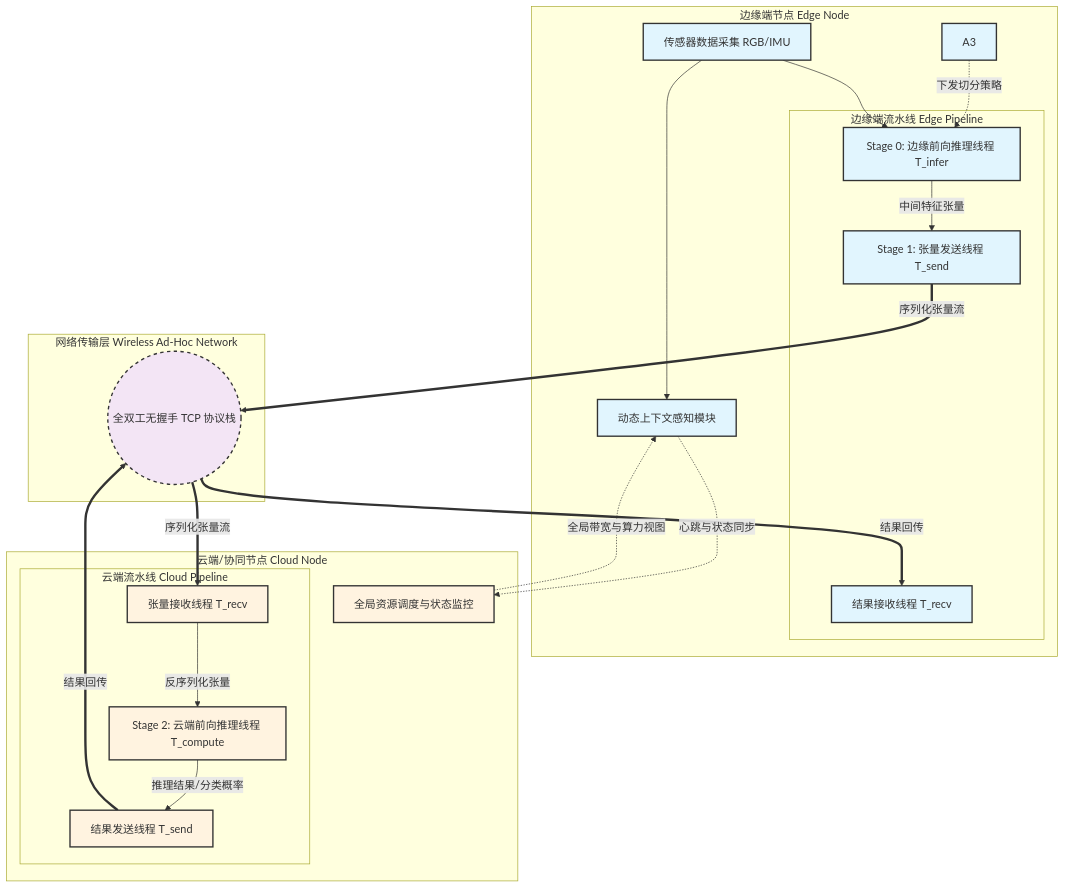
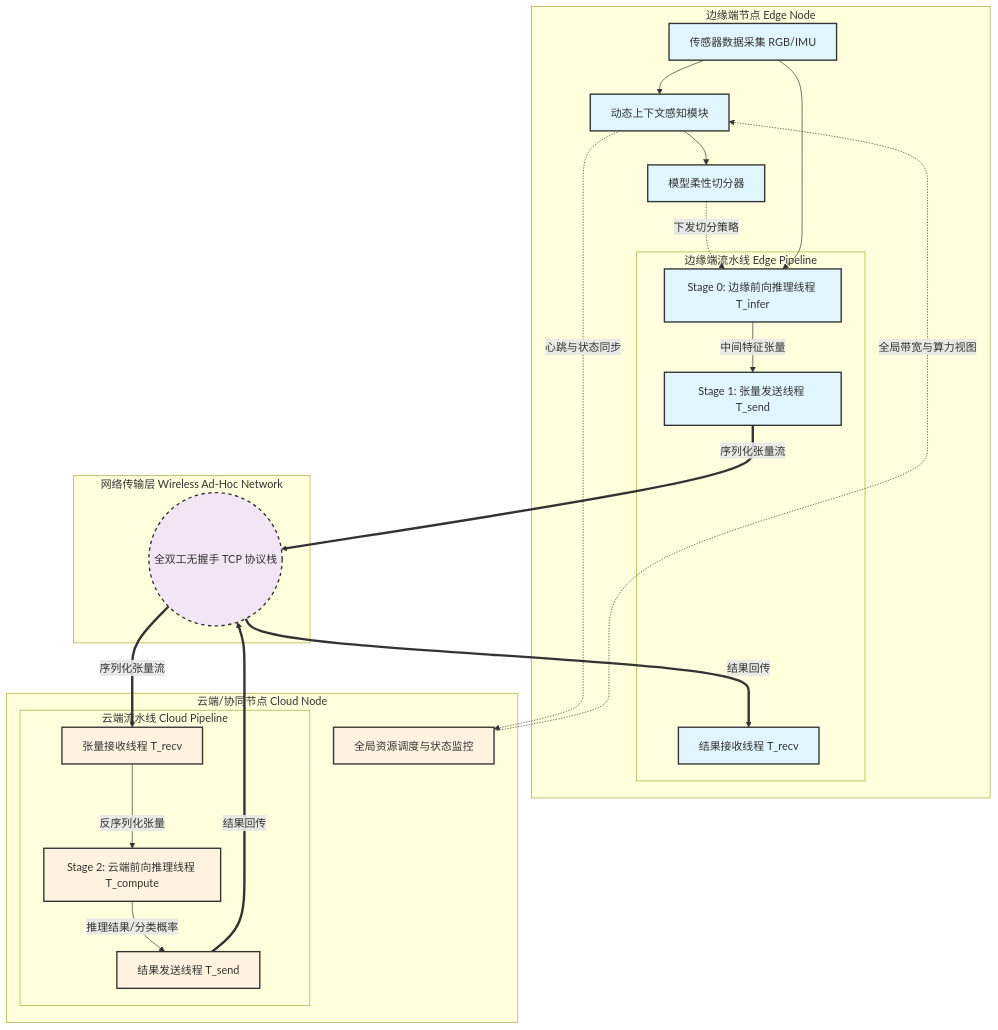
The diagram in all/AI-1.md (intmain-yy/iodraw-files), drawn with Mermaid before and after one commit.

Commit message:
2026-02-27 16:37:17 update

````diff
--- a/all/AI-1.md
+++ b/all/AI-1.md
@@ -1,49 +1,50 @@
 ```mermaid
 graph TD
     subgraph "边缘端节点 Edge Node"
         A1["传感器数据采集 RGB/IMU"] --> A2[动态上下文感知模块]
         
         
         subgraph "边缘端流水线 Edge Pipeline"
             A4[Stage 0: 边缘前向推理线程 T_infer]
             A5[Stage 1: 张量发送线程 T_send]
             A6[结果接收线程 T_recv]
         end
         
         A3 -.->|下发切分策略| A4
         A1 --> A4
         A4 -->|中间特征张量| A5
     end
 
     subgraph "网络传输层 Wireless Ad-Hoc Network"
         N1(("全双工无握手 TCP 协议栈"))
     end
 
     subgraph "云端/协同节点 Cloud Node"
         subgraph "云端流水线 Cloud Pipeline"
             C1[张量接收线程 T_recv]
             C2[Stage 2: 云端前向推理线程 T_compute]
             C3[结果发送线程 T_send]
         end
         
         C4[全局资源调度与状态监控]
+        A2 --> A3[模型柔性切分器]
     end
 
     A5 ==>|序列化张量流| N1
     N1 ==>|序列化张量流| C1
     C1 -->|反序列化张量| C2
     C2 -->|"推理结果/分类概率"| C3
     C3 ==>|结果回传| N1
     N1 ==>|结果回传| A6
     
     A2 -.->|心跳与状态同步| C4
     C4 -.->|全局带宽与算力视图| A2
 
     classDef edge fill:#e1f5fe,stroke:#333,stroke-width:2px;
     classDef cloud fill:#fff3e0,stroke:#333,stroke-width:2px;
     classDef net fill:#f3e5f5,stroke:#333,stroke-width:2px,stroke-dasharray: 5 5;
     
     class A1,A2,A3,A4,A5,A6 edge;
     class C1,C2,C3,C4 cloud;
     class N1 net;
 ```
````
